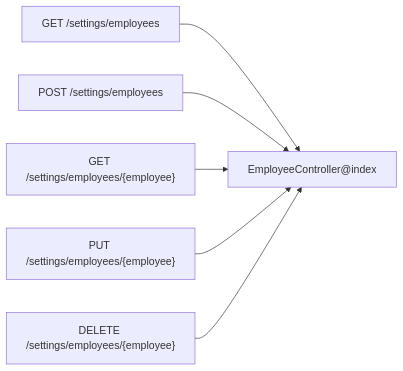
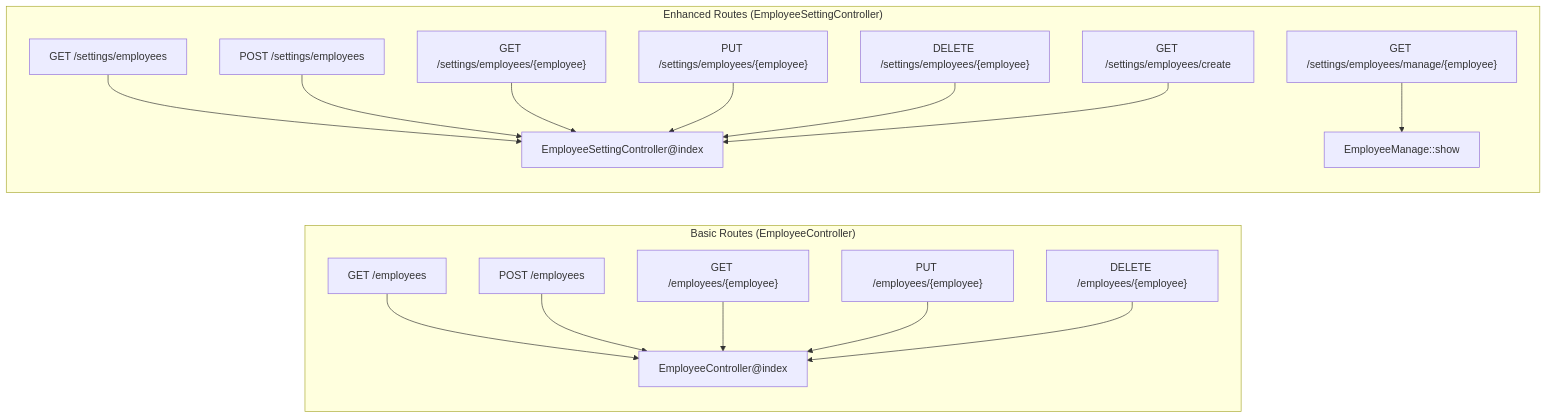
One commit to vincet0t15/template changed the seventh of 8 diagrams in .qoder/repowiki/en/content/Employee Management/Employee CRUD Operations.md. Above: the diagram before and after it, drawn with Mermaid. The commit also changed other lines of this file and 7 other files, not shown here.

````diff
--- a/.qoder/repowiki/en/content/Employee Management/Employee CRUD Operations.md
+++ b/.qoder/repowiki/en/content/Employee Management/Employee CRUD Operations.md
@@ -305,8 +348,19 @@
 ```mermaid
 graph LR
-IDX["GET /settings/employees"] --> CTRL["EmployeeController@index"]
-STORE["POST /settings/employees"] --> CTRL
-SHOW["GET /settings/employees/{employee}"] --> CTRL
-UPDATE["PUT /settings/employees/{employee}"] --> CTRL
-DESTROY["DELETE /settings/employees/{employee}"] --> CTRL
+subgraph "Basic Routes (EmployeeController)"
+B1["GET /employees"] --> BC["EmployeeController@index"]
+B2["POST /employees"] --> BC
+B3["GET /employees/{employee}"] --> BC
+B4["PUT /employees/{employee}"] --> BC
+B5["DELETE /employees/{employee}"] --> BC
+end
+subgraph "Enhanced Routes (EmployeeSettingController)"
+E1["GET /settings/employees"] --> EC["EmployeeSettingController@index"]
+E2["POST /settings/employees"] --> EC
+E3["GET /settings/employees/{employee}"] --> EC
+E4["PUT /settings/employees/{employee}"] --> EC
+E5["DELETE /settings/employees/{employee}"] --> EC
+E6["GET /settings/employees/create"] --> EC
+E7["GET /settings/employees/manage/{employee}"] --> EM["EmployeeManage::show"]
+end
 ```
````
